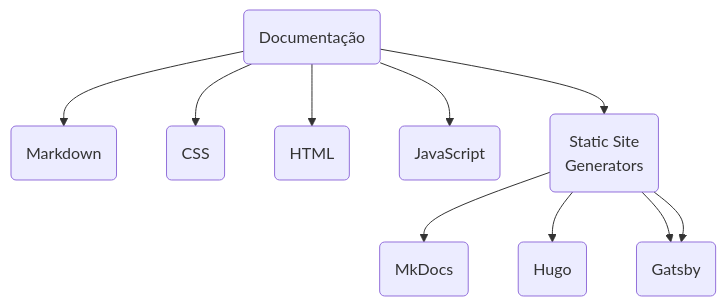
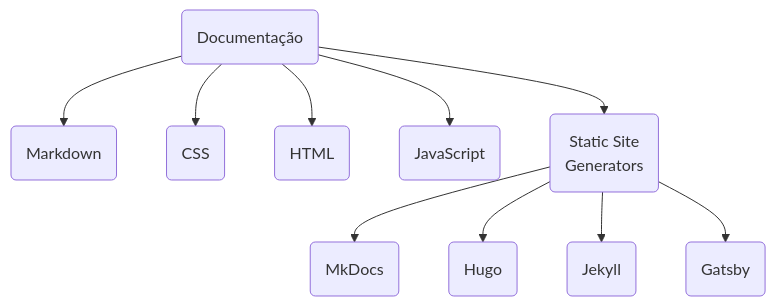
One commit to 60pportunities/documentacao changed diagram 12 of 12 in docs/recipe_60pportunities_felicidade_003.md. Above: the diagram before and after it, drawn with Mermaid.

````diff
--- a/docs/recipe_60pportunities_felicidade_003.md
+++ b/docs/recipe_60pportunities_felicidade_003.md
@@ -97,5 +97,5 @@
 ```mermaid
 flowchart TD
 id12(Documentação) --> id1201(Markdown) & id1202(CSS) & id1203(HTML) & id1204(JavaScript)  & id1205(Static Site</br>Generators)
-id1205 --> id120501(MkDocs) & id120502(Hugo) & id120503(Jekyll) & id120503(Gatsby)
+id1205 --> id120501(MkDocs) & id120502(Hugo) & id120503(Jekyll) & id120504(Gatsby)
 ```
````
